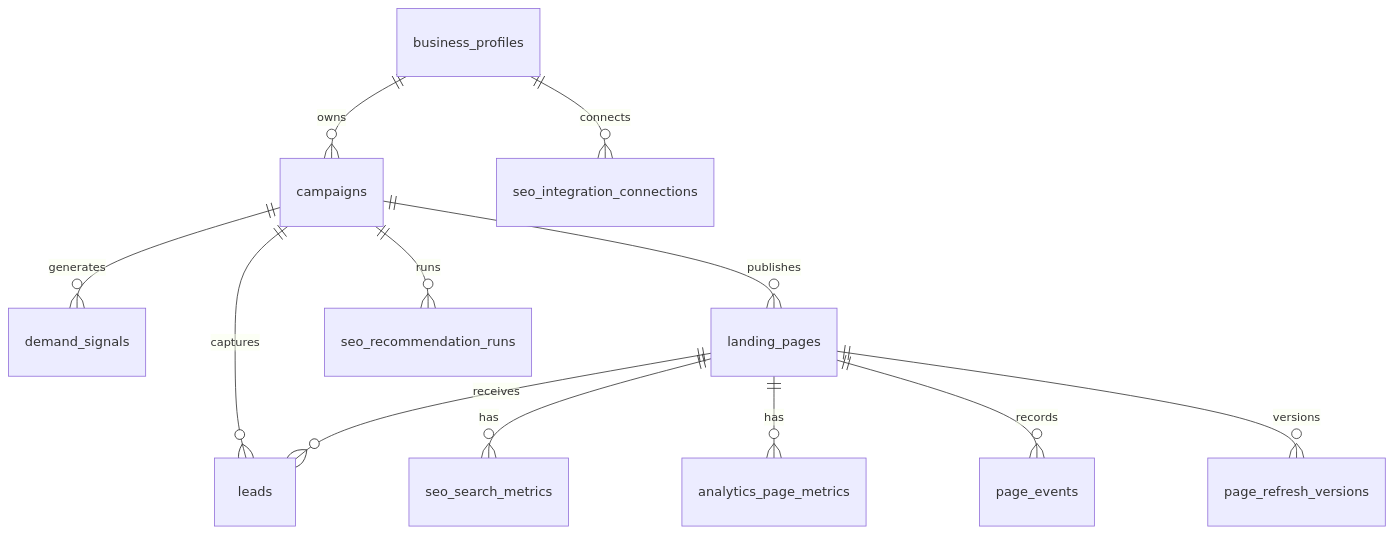
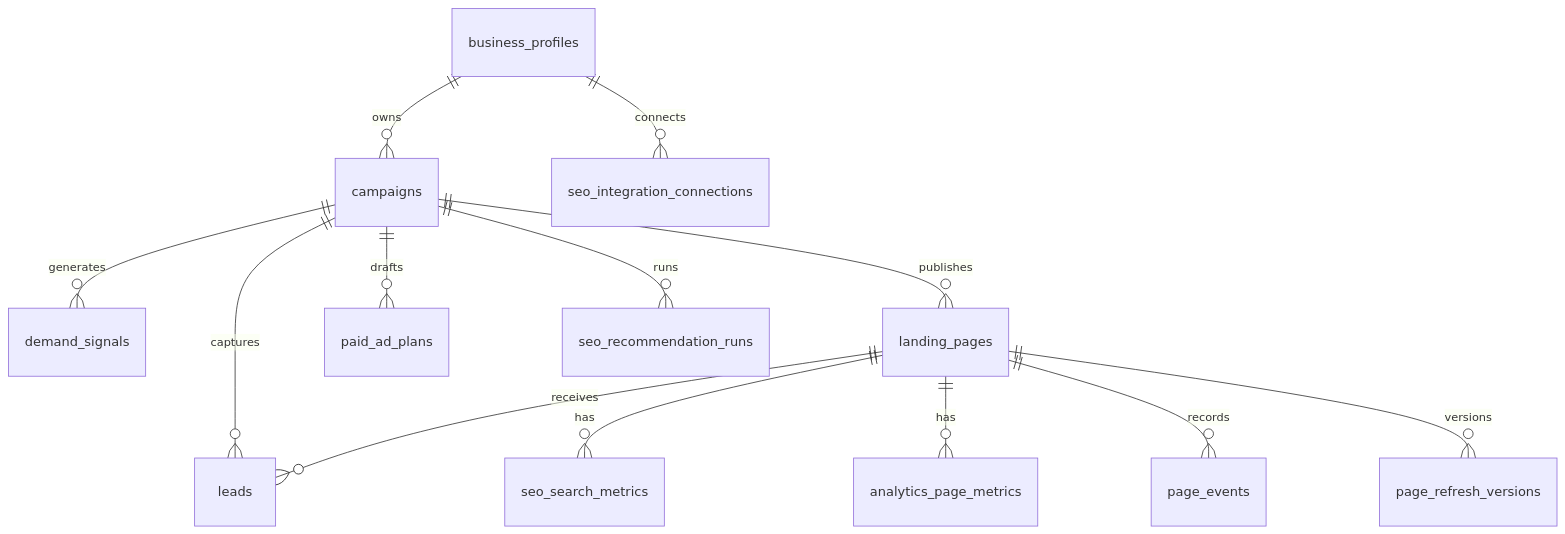
Before and after one commit to Mriganka10/Marketing-Agent: the diagram in docs/DATABASE_TABLES_AND_QUERIES.md, drawn with Mermaid. The commit also changed other lines of this file and 18 other files, not shown here.

````diff
--- a/docs/DATABASE_TABLES_AND_QUERIES.md
+++ b/docs/DATABASE_TABLES_AND_QUERIES.md
@@ -27,14 +27,15 @@
 ```mermaid
 erDiagram
     business_profiles ||--o{ campaigns : owns
     campaigns ||--o{ demand_signals : generates
     campaigns ||--o{ landing_pages : publishes
     campaigns ||--o{ leads : captures
+    campaigns ||--o{ paid_ad_plans : drafts
     landing_pages ||--o{ leads : receives
     landing_pages ||--o{ seo_search_metrics : has
     landing_pages ||--o{ analytics_page_metrics : has
     landing_pages ||--o{ page_events : records
     landing_pages ||--o{ page_refresh_versions : versions
     campaigns ||--o{ seo_recommendation_runs : runs
     business_profiles ||--o{ seo_integration_connections : connects
 ```
````
